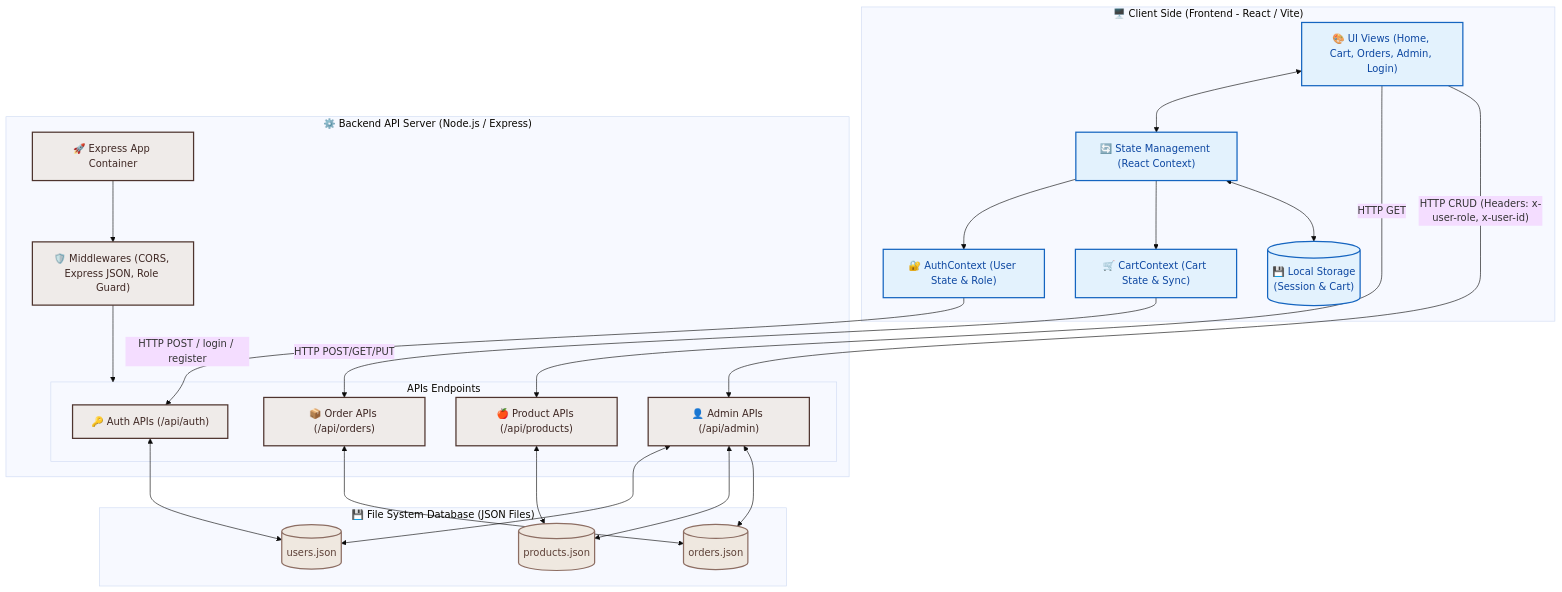
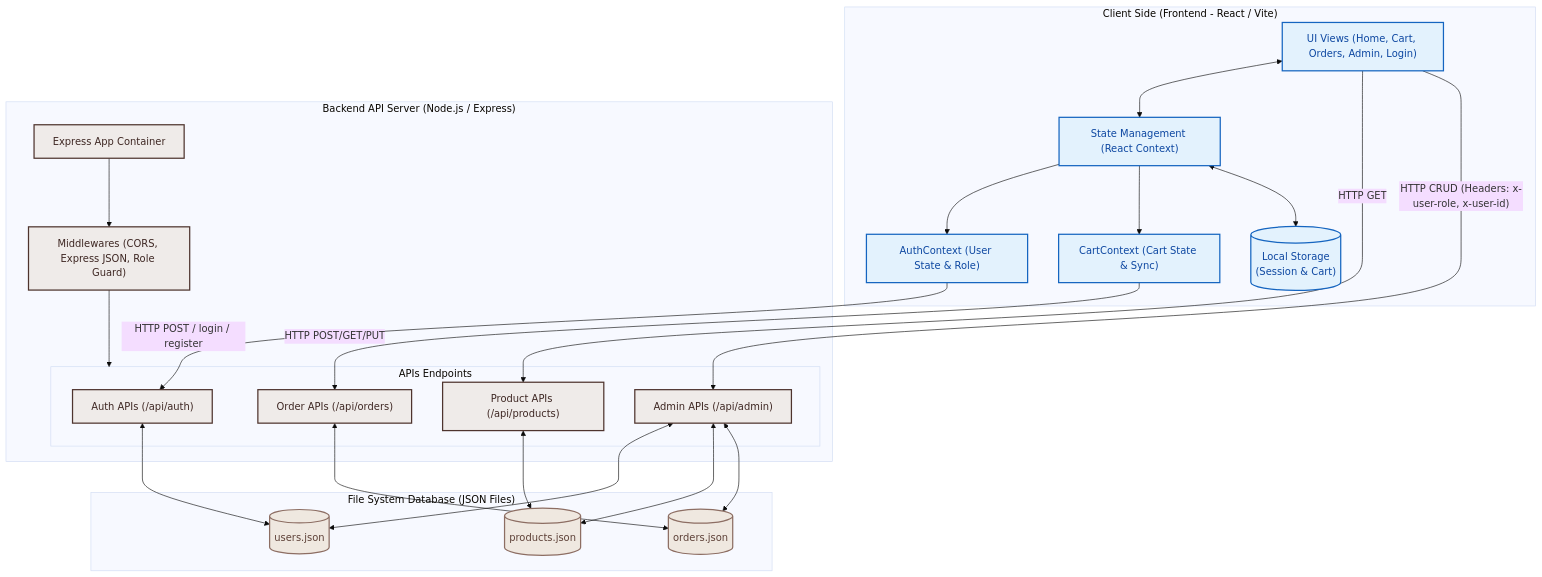
Before and after one commit to neoaway2909/fitpung: the first of 8 diagrams in system_design.md, drawn with Mermaid (base theme). The commit also changed other lines of this file, not shown here.

````diff
--- a/system_design.md
+++ b/system_design.md
@@ -36,56 +38,56 @@
 ```mermaid
 flowchart TD
     %% Styling definitions
     classDef client fill:#e3f2fd,stroke:#1565c0,stroke-width:2px,color:#0d47a1;
     classDef server fill:#efebe9,stroke:#4e342e,stroke-width:2px,color:#3e2723;
     classDef database fill:#efe8e0,stroke:#8d6e63,stroke-width:2px,color:#5d4037;
 
-    subgraph Client ["🖥️ Client Side (Frontend - React / Vite)"]
-        UI["🎨 UI Views (Home, Cart, Orders, Admin, Login)"]
-        Context["🔄 State Management (React Context)"]
-        AuthContext["🔐 AuthContext (User State & Role)"]
-        CartContext["🛒 CartContext (Cart State & Sync)"]
-        LocalStorage[("💾 Local Storage<br/>(Session & Cart)")]
+    subgraph Client ["Client Side (Frontend - React / Vite)"]
+        UI["UI Views (Home, Cart, Orders, Admin, Login)"]
+        Context["State Management (React Context)"]
+        AuthContext["AuthContext (User State & Role)"]
+        CartContext["CartContext (Cart State & Sync)"]
+        LocalStorage[("Local Storage<br/>(Session & Cart)")]
         
         UI <--> Context
         Context --> AuthContext
         Context --> CartContext
         Context <--> LocalStorage
     end
 
-    subgraph Server ["⚙️ Backend API Server (Node.js / Express)"]
-        ExpressApp["🚀 Express App Container"]
-        Middleware["🛡️ Middlewares (CORS, Express JSON, Role Guard)"]
+    subgraph Server ["Backend API Server (Node.js / Express)"]
+        ExpressApp["Express App Container"]
+        Middleware["Middlewares (CORS, Express JSON, Role Guard)"]
         
         subgraph Endpoints ["APIs Endpoints"]
-            AuthAPI["🔑 Auth APIs (/api/auth)"]
-            ProductAPI["🍎 Product APIs (/api/products)"]
-            OrderAPI["📦 Order APIs (/api/orders)"]
-            AdminAPI["👤 Admin APIs (/api/admin)"]
+            AuthAPI["Auth APIs (/api/auth)"]
+            ProductAPI["Product APIs (/api/products)"]
+            OrderAPI["Order APIs (/api/orders)"]
+            AdminAPI["Admin APIs (/api/admin)"]
         end
         
         ExpressApp --> Middleware
         Middleware --> Endpoints
     end
 
-    subgraph DB ["💾 File System Database (JSON Files)"]
+    subgraph DB ["File System Database (JSON Files)"]
         UserDB[("users.json")]
         ProductDB[("products.json")]
         OrderDB[("orders.json")]
     end
 
     %% Communications
     AuthContext -- "HTTP POST / login / register" --> AuthAPI
     CartContext -- "HTTP POST/GET/PUT" --> OrderAPI
     UI -- "HTTP GET" --> ProductAPI
     UI -- "HTTP CRUD (Headers: x-user-role, x-user-id)" --> AdminAPI
     
     AuthAPI <--> UserDB
     ProductAPI <--> ProductDB
     OrderAPI <--> OrderDB
     AdminAPI <--> UserDB & ProductDB & OrderDB
 
     class UI,Context,AuthContext,CartContext,LocalStorage client;
     class ExpressApp,Middleware,AuthAPI,ProductAPI,OrderAPI,AdminAPI server;
     class UserDB,ProductDB,OrderDB database;
 ```
````
